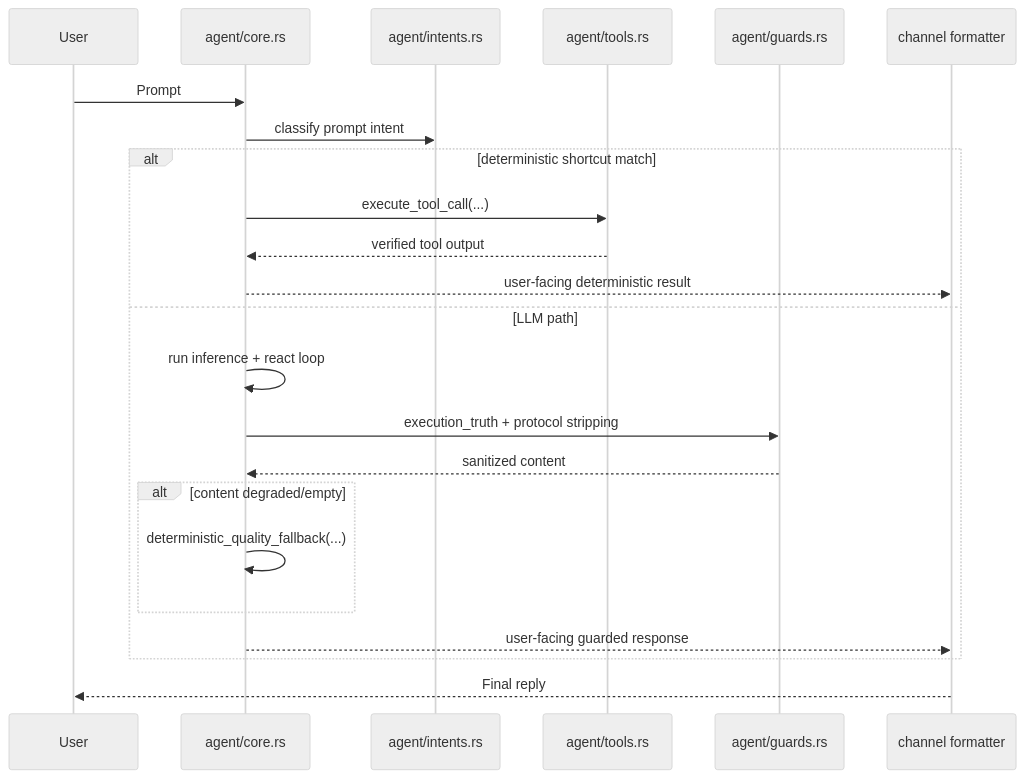
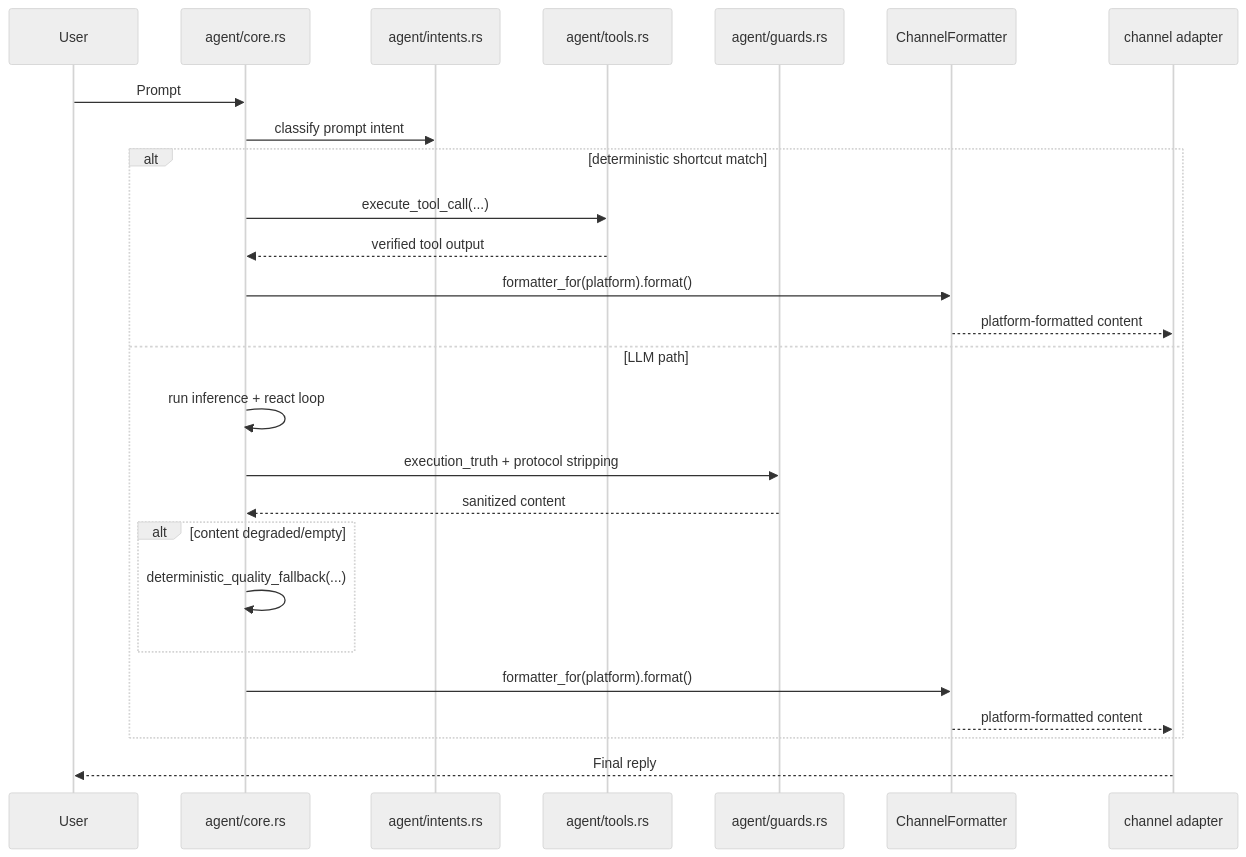
The fourth of 19 diagrams in docs/architecture/ironclad-sequences.md (robot-accomplice/ironclad), drawn with Mermaid (neutral theme) before and after one commit. The commit also changed other lines of this file and 9 other files, not shown here.

First line of the commit message:
feat(channels): add ChannelFormatter trait with per-platform output formatting

````diff
--- a/docs/architecture/ironclad-sequences.md
+++ b/docs/architecture/ironclad-sequences.md
@@ -289,26 +290,29 @@
 ```mermaid
 sequenceDiagram
     participant User
     participant Route as agent/core.rs
     participant Intents as agent/intents.rs
     participant Tools as agent/tools.rs
     participant Guards as agent/guards.rs
-    participant Channel as channel formatter
+    participant Formatter as ChannelFormatter
+    participant Channel as channel adapter
 
     User->>Route: Prompt
     Route->>Intents: classify prompt intent
     alt deterministic shortcut match
         Route->>Tools: execute_tool_call(...)
         Tools-->>Route: verified tool output
-        Route-->>Channel: user-facing deterministic result
+        Route->>Formatter: formatter_for(platform).format()
+        Formatter-->>Channel: platform-formatted content
     else LLM path
         Route->>Route: run inference + react loop
         Route->>Guards: execution_truth + protocol stripping
         Guards-->>Route: sanitized content
         alt content degraded/empty
             Route->>Route: deterministic_quality_fallback(...)
         end
-        Route-->>Channel: user-facing guarded response
+        Route->>Formatter: formatter_for(platform).format()
+        Formatter-->>Channel: platform-formatted content
     end
     Channel-->>User: Final reply
 ```
````
